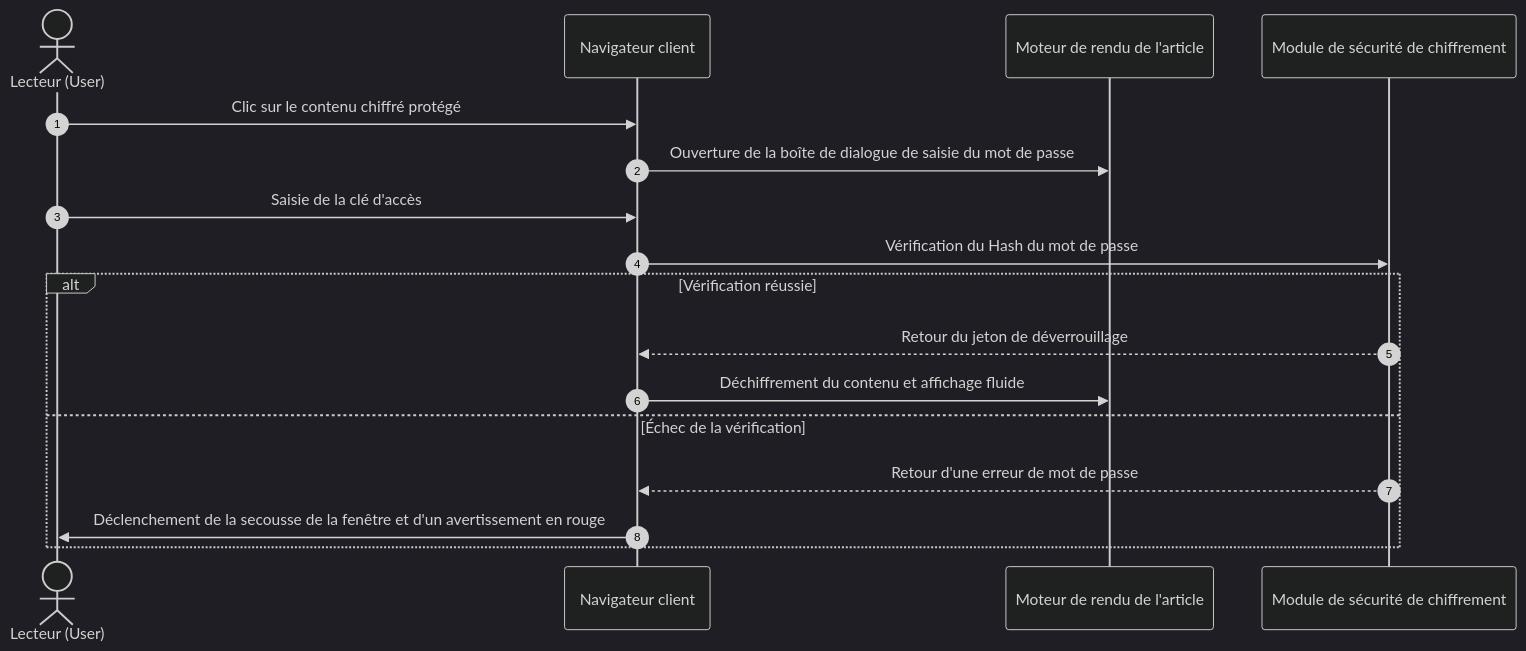
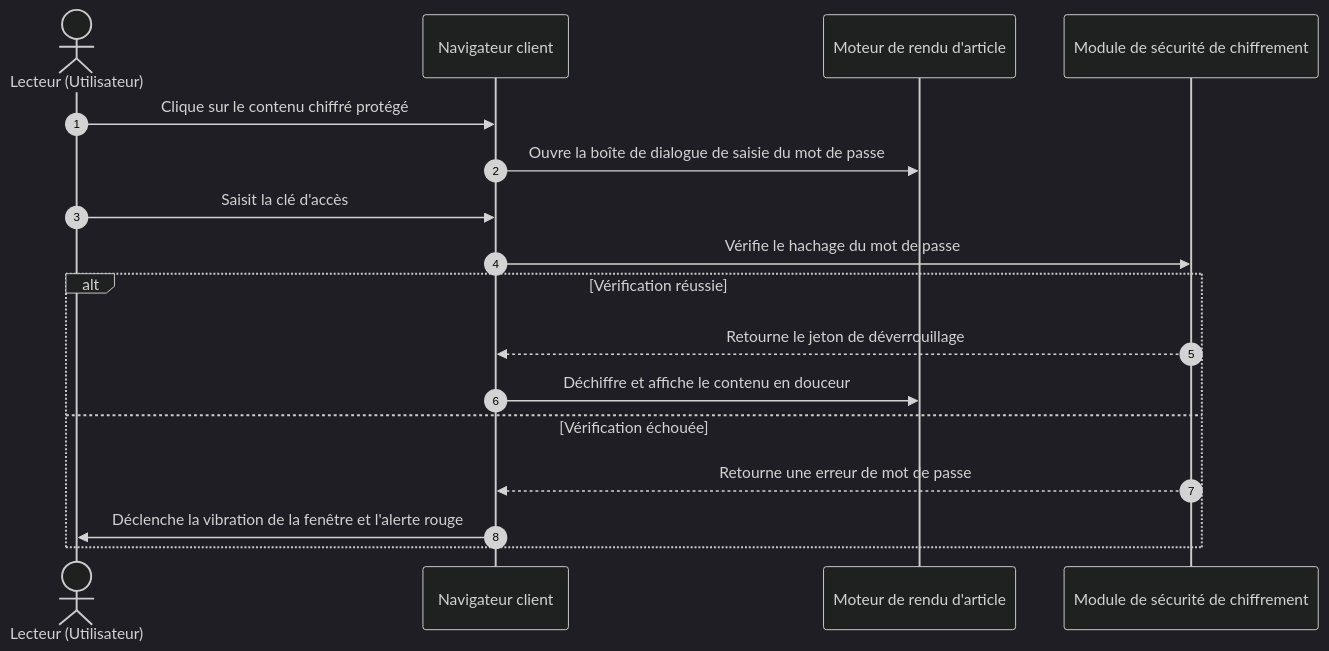
Before and after one commit to shijianus/astro-theme-shijianus: the second of 2 diagrams in src/content/posts/content-formats-and-markup-mastery-fr.md, drawn with Mermaid (dark theme). The commit also changed other lines of this file and 10 other files, not shown here.

````diff
--- a/src/content/posts/content-formats-and-markup-mastery-fr.md
+++ b/src/content/posts/content-formats-and-markup-mastery-fr.md
@@ -1004,20 +998,20 @@
 ```mermaid
 sequenceDiagram
     autonumber
-    actor User as Lecteur (User)
+    actor User as Lecteur (Utilisateur)
     participant Browser as Navigateur client
-    participant PostPage as Moteur de rendu de l'article
+    participant PostPage as Moteur de rendu d'article
     participant Security as Module de sécurité de chiffrement
 
-    User->>Browser: Clic sur le contenu chiffré protégé
-    Browser->>PostPage: Ouverture de la boîte de dialogue de saisie du mot de passe
-    User->>Browser: Saisie de la clé d'accès
-    Browser->>Security: Vérification du Hash du mot de passe
+    User->>Browser: Clique sur le contenu chiffré protégé
+    Browser->>PostPage: Ouvre la boîte de dialogue de saisie du mot de passe
+    User->>Browser: Saisit la clé d'accès
+    Browser->>Security: Vérifie le hachage du mot de passe
     alt Vérification réussie
-        Security-->>Browser: Retour du jeton de déverrouillage
-        Browser->>PostPage: Déchiffrement du contenu et affichage fluide
-    else Échec de la vérification
-        Security-->>Browser: Retour d'une erreur de mot de passe
-        Browser->>User: Déclenchement de la secousse de la fenêtre et d'un avertissement en rouge
+        Security-->>Browser: Retourne le jeton de déverrouillage
+        Browser->>PostPage: Déchiffre et affiche le contenu en douceur
+    else Vérification échouée
+        Security-->>Browser: Retourne une erreur de mot de passe
+        Browser->>User: Déclenche la vibration de la fenêtre et l'alerte rouge
     end
 ```
````
